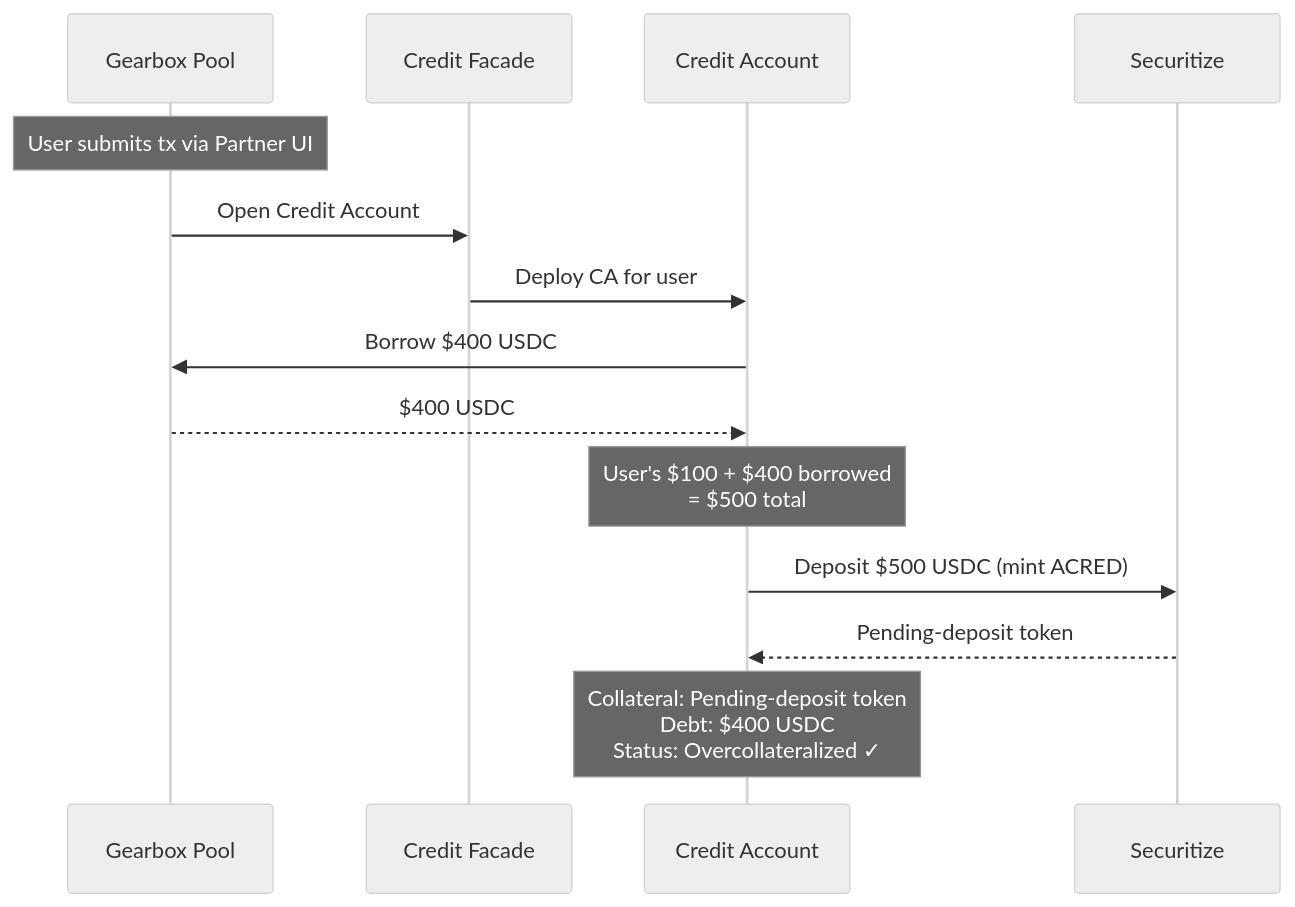
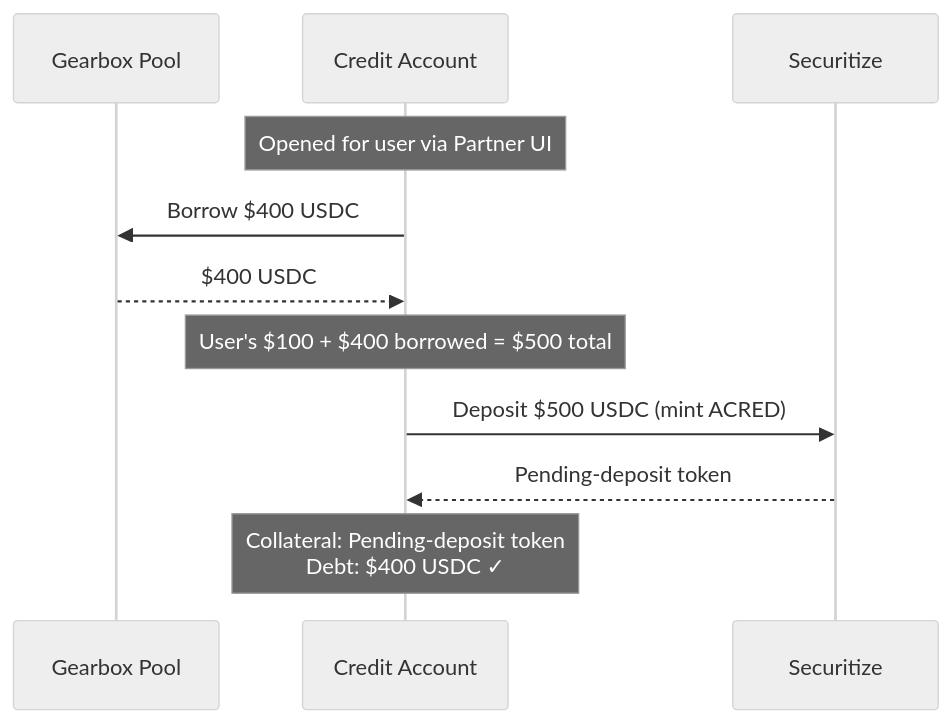
The third of 10 diagrams in reference/usecase-faster-rwa-settlement-with-leverage.md (Gearbox-protocol/docs-knowledge), drawn with Mermaid (neutral theme) before and after one commit. The commit also changed other lines of this file, not shown here.

````diff
--- a/reference/usecase-faster-rwa-settlement-with-leverage.md
+++ b/reference/usecase-faster-rwa-settlement-with-leverage.md
@@ -159,17 +218,14 @@
 ```mermaid
 sequenceDiagram
     participant GP as Gearbox Pool
-    participant CF as Credit Facade
     participant CA as Credit Account
     participant S as Securitize
-    
-    Note over GP: User submits tx via Partner UI
-    GP->>CF: Open Credit Account
-    CF->>CA: Deploy CA for user
+
+    Note over CA: Opened for user via Partner UI
     CA->>GP: Borrow $400 USDC
     GP-->>CA: $400 USDC
-    Note over CA: User's $100 + $400 borrowed<br/>= $500 total
+    Note over CA: User's $100 + $400 borrowed = $500 total
     CA->>S: Deposit $500 USDC (mint ACRED)
     S-->>CA: Pending-deposit token
-    Note over CA: Collateral: Pending-deposit token<br/>Debt: $400 USDC<br/>Status: Overcollateralized ✓
+    Note over CA: Collateral: Pending-deposit token<br/>Debt: $400 USDC ✓
 ```
````
